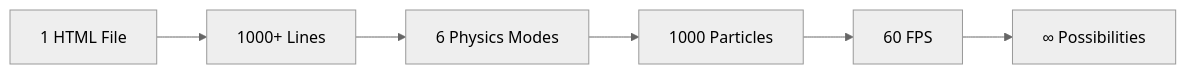
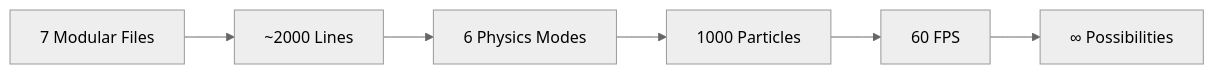
One commit to Zacsluss/particle_physics_simulator changed the diagram in README.md. Above: the diagram before and after it, drawn with Mermaid (neutral theme). The commit also changed other lines of this file and 4 other files, not shown here.

````diff
--- a/README.md
+++ b/README.md
@@ -190,8 +204,8 @@
 ```mermaid
 graph LR
-    A[1 HTML File] --> B[1000+ Lines]
+    A[7 Modular Files] --> B[~2000 Lines]
     B --> C[6 Physics Modes]
     C --> D[1000 Particles]
     D --> E[60 FPS]
     E --> F[∞ Possibilities]
 ```
````
